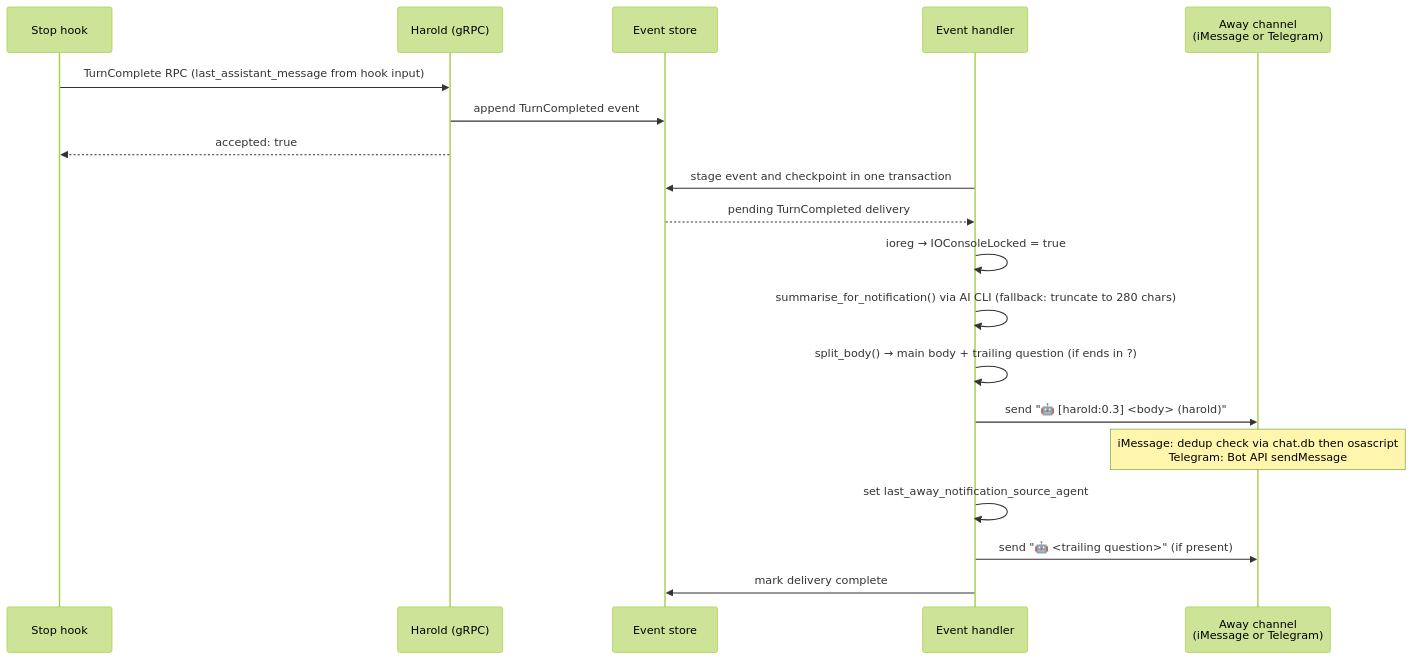
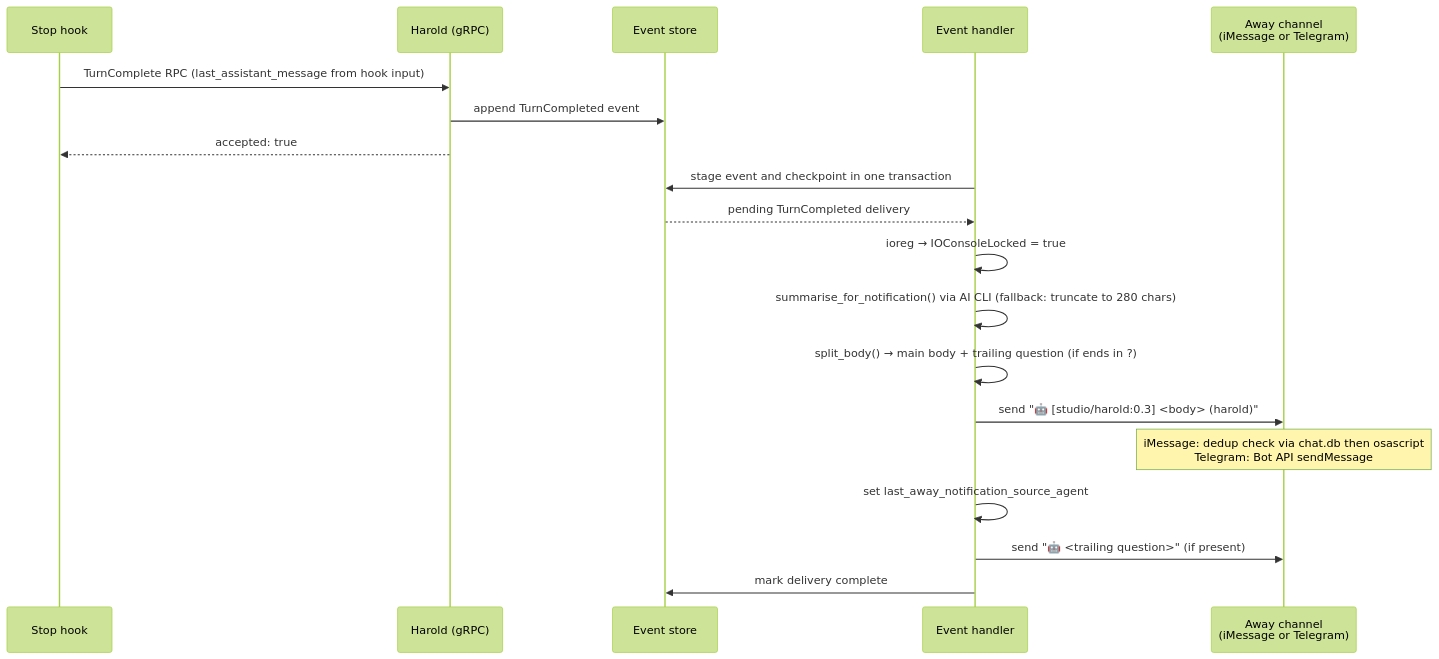
Before and after one commit to kahgeh/harold: the second of 2 diagrams in docs/references/notification/README.md, drawn with Mermaid (forest theme). The commit also changed other lines of this file and 5 other files, not shown here.

````diff
--- a/docs/references/notification/README.md
+++ b/docs/references/notification/README.md
@@ -148,23 +151,23 @@
 ```mermaid
 sequenceDiagram
     participant Hook as Stop hook
     participant gRPC as Harold (gRPC)
     participant Store as Event store
     participant Handler as Event handler
     participant Channel as Away channel<br/>(iMessage or Telegram)
 
     Hook->>gRPC: TurnComplete RPC (last_assistant_message from hook input)
     gRPC->>Store: append TurnCompleted event
     gRPC-->>Hook: accepted: true
 
     Handler->>Store: stage event and checkpoint in one transaction
     Store-->>Handler: pending TurnCompleted delivery
     Handler->>Handler: ioreg → IOConsoleLocked = true
     Handler->>Handler: summarise_for_notification() via AI CLI (fallback: truncate to 280 chars)
     Handler->>Handler: split_body() → main body + trailing question (if ends in ?)
-    Handler->>Channel: send "🤖 [harold:0.3] <body> (harold)"
+    Handler->>Channel: send "🤖 [studio/harold:0.3] <body> (harold)"
     note over Channel: iMessage: dedup check via chat.db then osascript<br/>Telegram: Bot API sendMessage
     Handler->>Handler: set last_away_notification_source_agent
     Handler->>Channel: send "🤖 <trailing question>" (if present)
     Handler->>Store: mark delivery complete
 ```
````
